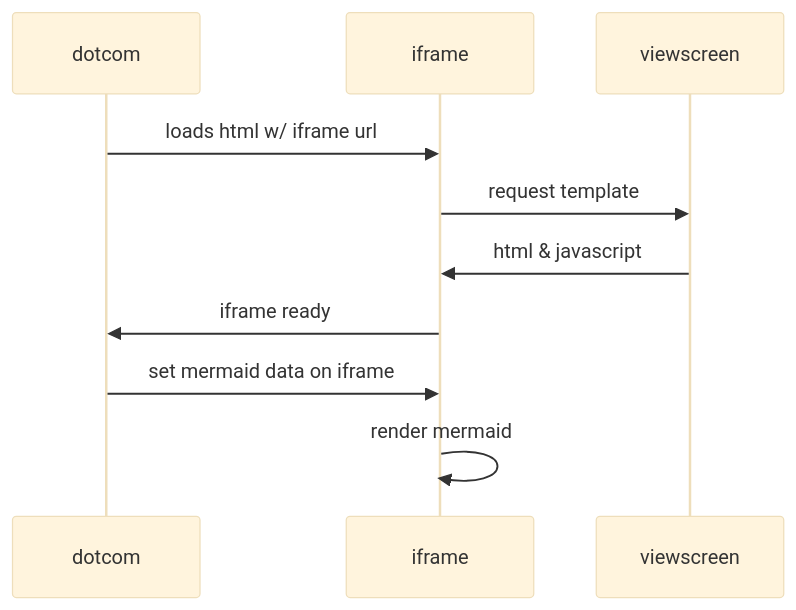
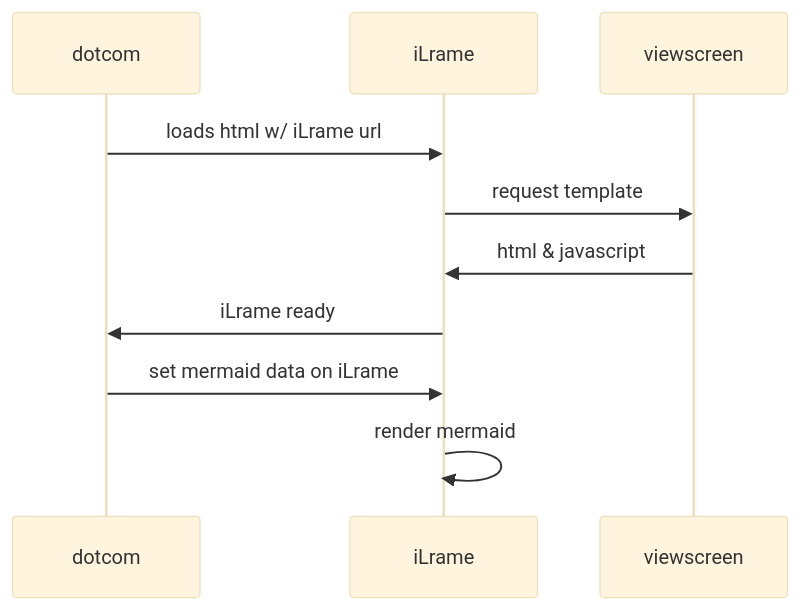
Before and after one commit to PSBsharp/test_respec2: the second of 7 diagrams in werkt het nu.md, drawn with Mermaid (base theme). The commit also changed other lines of this file, not shown here.

````diff
--- a/werkt het nu.md
+++ b/werkt het nu.md
@@ -42,13 +50,13 @@
 ```mermaid
 %%{init: { "sequence": { "useMaxWidth": true } } }%%
 sequenceDiagram
     participant dotcom
-    participant iframe
+    participant iLrame
     participant viewscreen
-    dotcom->>iframe: loads html w/ iframe url
-    iframe->>viewscreen: request template
-    viewscreen->>iframe: html & javascript
-    iframe->>dotcom: iframe ready
-    dotcom->>iframe: set mermaid data on iframe
-    iframe->>iframe: render mermaid
+    dotcom->>iLrame: loads html w/ iLrame url
+    iLrame->>viewscreen: request template
+    viewscreen->>iLrame: html & javascript
+    iLrame->>dotcom: iLrame ready
+    dotcom->>iLrame: set mermaid data on iLrame
+    iLrame->>iLrame: render mermaid
 ```
````
